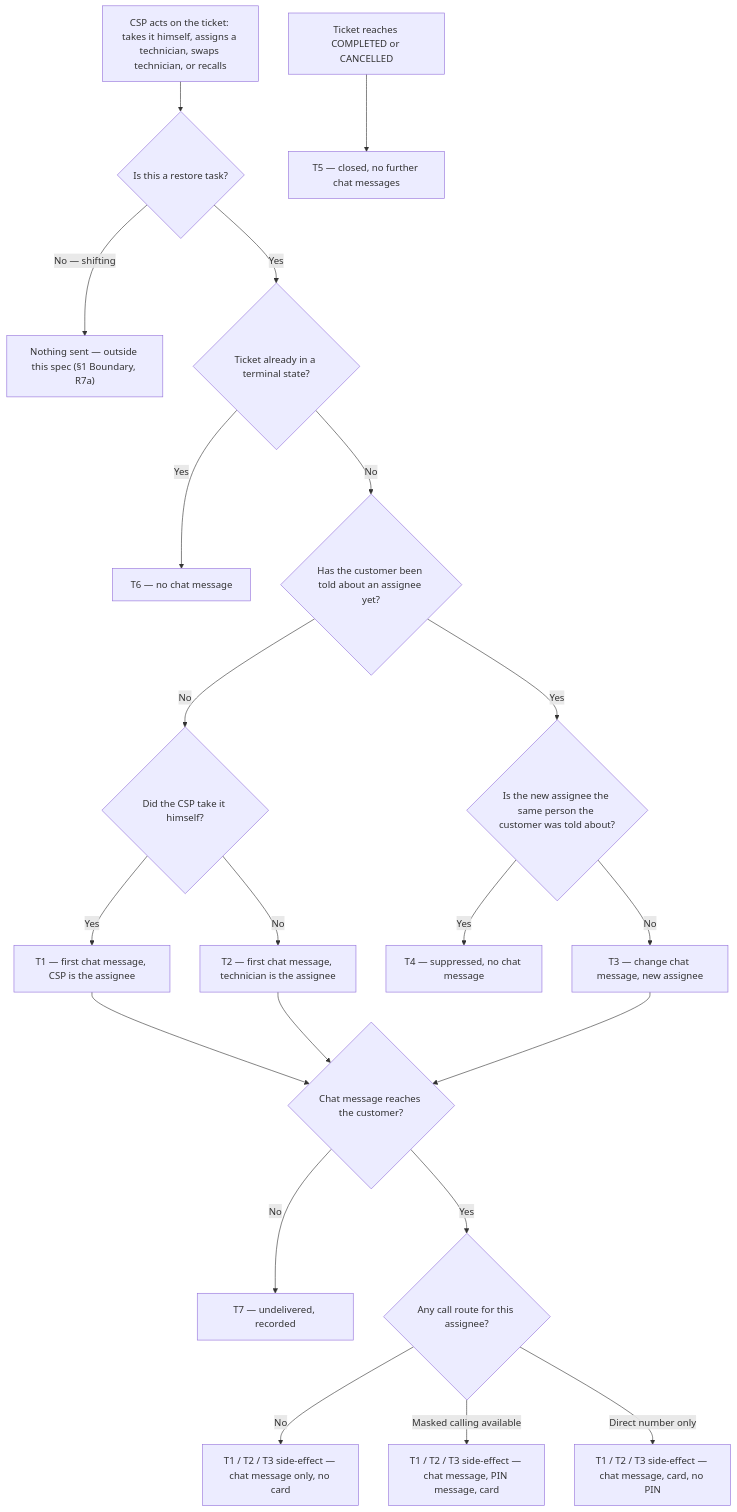
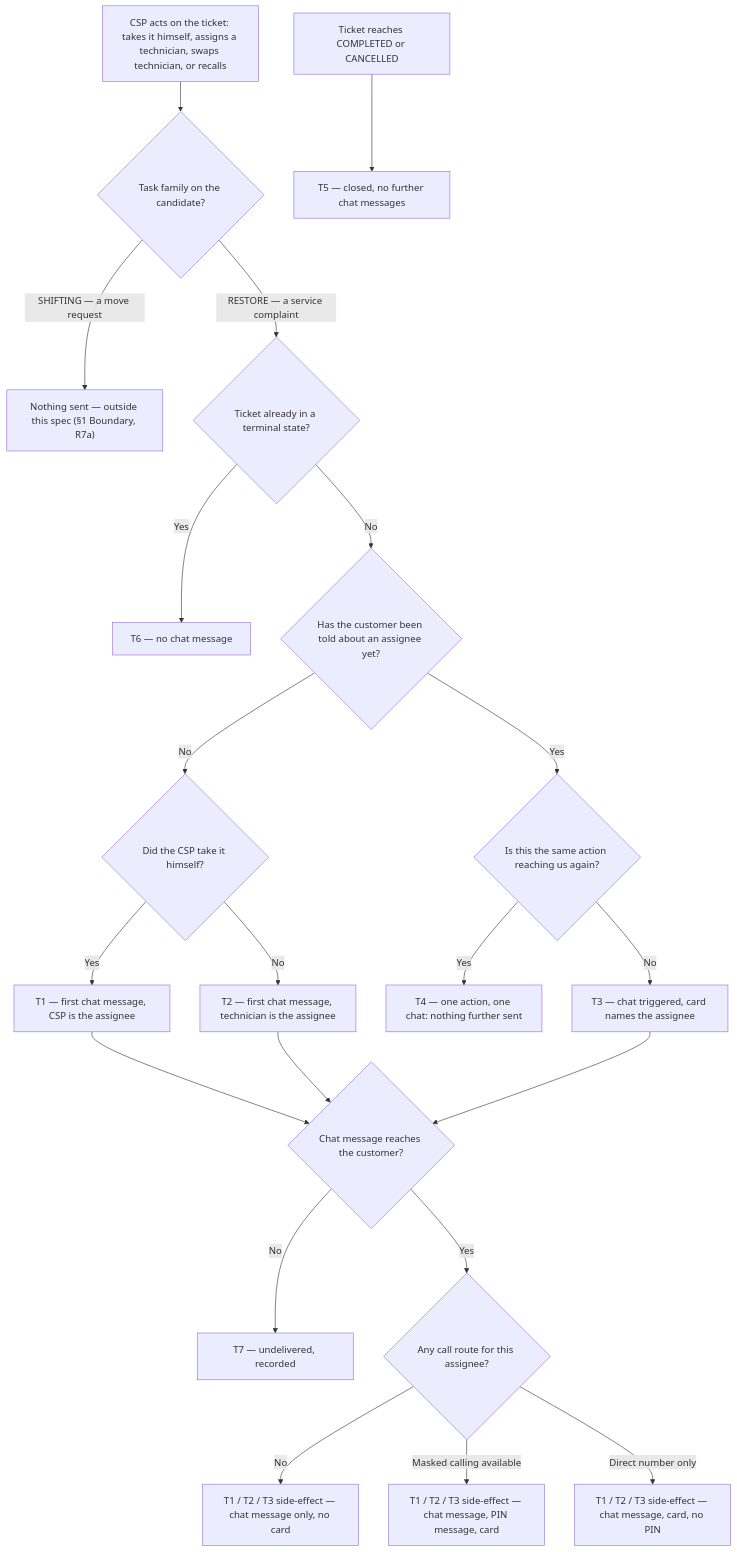
The diagram in Service_Ticket_Handler_Notice_PRD.md (ashish-raj-wiom/service-ticket-handler-notice-prd), drawn with Mermaid before and after one commit. The commit also changed other lines of this file and 1 other file, not shown here.

First line of the commit message:
One chat per action, not per person; and name the task family properly

````diff
--- a/Service_Ticket_Handler_Notice_PRD.md
+++ b/Service_Ticket_Handler_Notice_PRD.md
@@ -61,23 +61,23 @@
 ```mermaid
 flowchart TD
-    A["CSP acts on the ticket: takes it himself, assigns a technician, swaps technician, or recalls"] --> A2{"Is this a restore task?"}
-    A2 -- "No — shifting" --> A3["Nothing sent — outside this spec (§1 Boundary, R7a)"]
-    A2 -- "Yes" --> B{"Ticket already in a terminal state?"}
+    A["CSP acts on the ticket: takes it himself, assigns a technician, swaps technician, or recalls"] --> A2{"Task family on the candidate?"}
+    A2 -- "SHIFTING — a move request" --> A3["Nothing sent — outside this spec (§1 Boundary, R7a)"]
+    A2 -- "RESTORE — a service complaint" --> B{"Ticket already in a terminal state?"}
     B -- "Yes" --> C["T6 — no chat message"]
     B -- "No" --> D{"Has the customer been told about an assignee yet?"}
     D -- "No" --> D2{"Did the CSP take it himself?"}
     D2 -- "Yes" --> E["T1 — first chat message, CSP is the assignee"]
     D2 -- "No" --> F["T2 — first chat message, technician is the assignee"]
-    D -- "Yes" --> G{"Is the new assignee the same person the customer was told about?"}
-    G -- "Yes" --> H["T4 — suppressed, no chat message"]
-    G -- "No" --> I["T3 — change chat message, new assignee"]
+    D -- "Yes" --> G{"Is this the same action reaching us again?"}
+    G -- "Yes" --> H["T4 — one action, one chat: nothing further sent"]
+    G -- "No" --> I["T3 — chat triggered, card names the assignee"]
     J["Ticket reaches COMPLETED or CANCELLED"] --> K["T5 — closed, no further chat messages"]
     E --> L{"Chat message reaches the customer?"}
     F --> L
     I --> L
     L -- "No" --> M["T7 — undelivered, recorded"]
     L -- "Yes" --> O{"Any call route for this assignee?"}
     O -- "No" --> P["T1 / T2 / T3 side-effect — chat message only, no card"]
     O -- "Masked calling available" --> Q["T1 / T2 / T3 side-effect — chat message, PIN message, card"]
     O -- "Direct number only" --> R["T1 / T2 / T3 side-effect — chat message, card, no PIN"]
 ```
````
